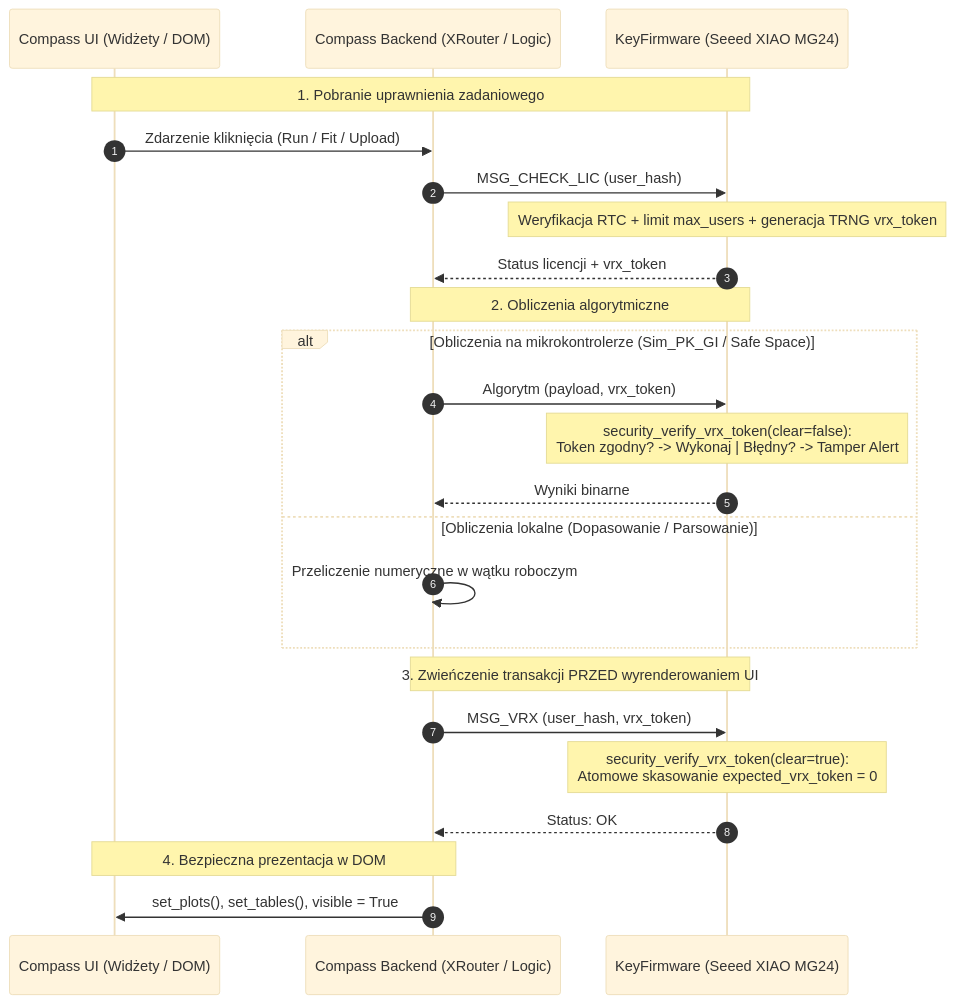
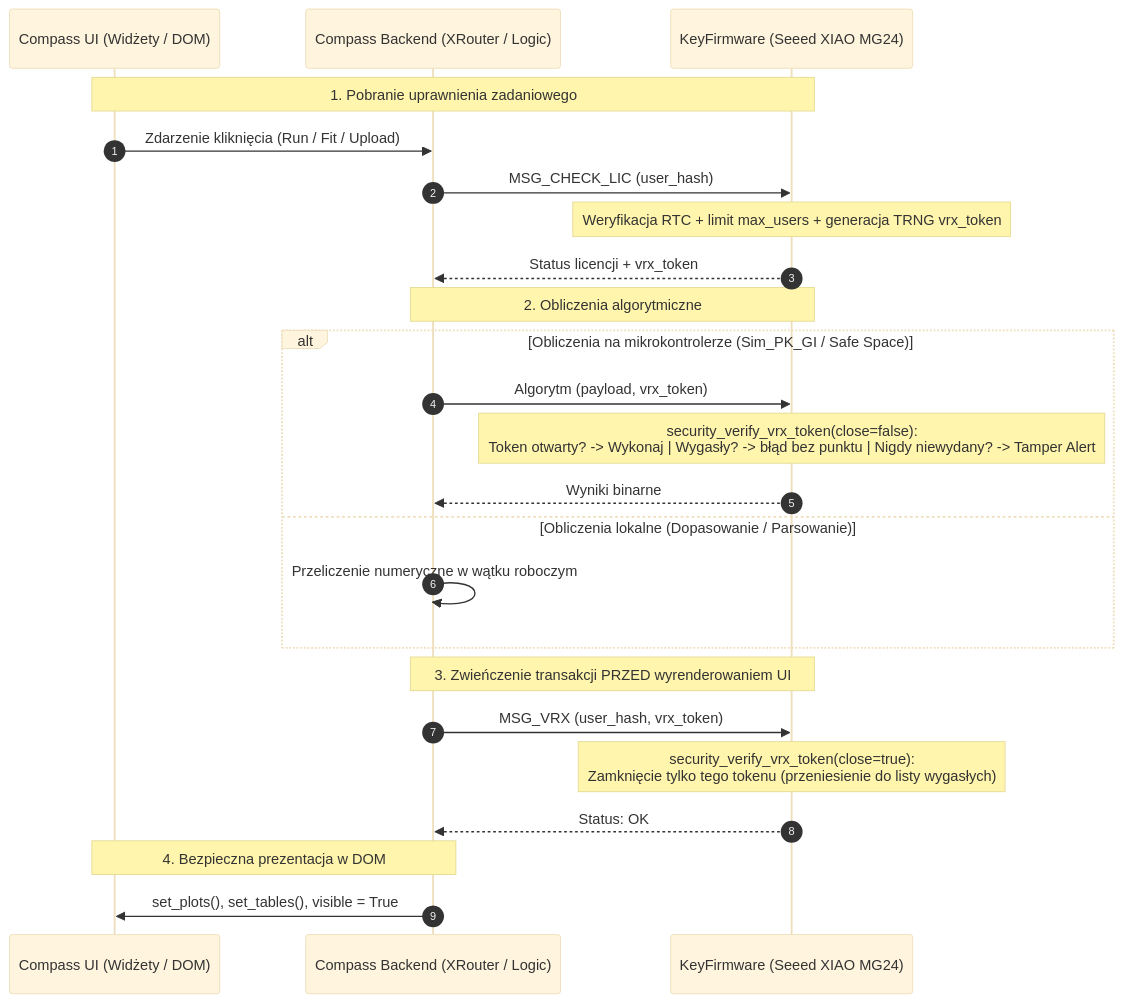
Before and after one commit to michalkkkd/keyadmin: the fourth of 4 diagrams in docs/security/compass_security_mechanisms.md, drawn with Mermaid (base theme). The commit also changed other lines of this file and 3 other files, not shown here.

First line of the commit message:
docs(security): clarify vrx token expiry

````diff
--- a/docs/security/compass_security_mechanisms.md
+++ b/docs/security/compass_security_mechanisms.md
@@ -572,30 +572,30 @@
 ```mermaid
 sequenceDiagram
     autonumber
     participant UI as Compass UI (Widżety / DOM)
     participant Host as Compass Backend (XRouter / Logic)
     participant MCU as KeyFirmware (Seeed XIAO MG24)
 
     Note over UI,MCU: 1. Pobranie uprawnienia zadaniowego
     UI->>Host: Zdarzenie kliknięcia (Run / Fit / Upload)
     Host->>MCU: MSG_CHECK_LIC (user_hash)
     Note over MCU: Weryfikacja RTC + limit max_users + generacja TRNG vrx_token
     MCU-->>Host: Status licencji + vrx_token
 
     Note over Host,MCU: 2. Obliczenia algorytmiczne
     alt Obliczenia na mikrokontrolerze (Sim_PK_GI / Safe Space)
         Host->>MCU: Algorytm (payload, vrx_token)
-        Note over MCU: security_verify_vrx_token(clear=false):<br/>Token zgodny? -> Wykonaj | Błędny? -> Tamper Alert
+        Note over MCU: security_verify_vrx_token(close=false):<br/>Token otwarty? -> Wykonaj | Wygasły? -> błąd bez punktu | Nigdy niewydany? -> Tamper Alert
         MCU-->>Host: Wyniki binarne
     else Obliczenia lokalne (Dopasowanie / Parsowanie)
         Host->>Host: Przeliczenie numeryczne w wątku roboczym
     end
 
     Note over Host,MCU: 3. Zwieńczenie transakcji PRZED wyrenderowaniem UI
     Host->>MCU: MSG_VRX (user_hash, vrx_token)
-    Note over MCU: security_verify_vrx_token(clear=true):<br/>Atomowe skasowanie expected_vrx_token = 0
+    Note over MCU: security_verify_vrx_token(close=true):<br/>Zamknięcie tylko tego tokenu (przeniesienie do listy wygasłych)
     MCU-->>Host: Status: OK
 
     Note over UI,Host: 4. Bezpieczna prezentacja w DOM
     Host->>UI: set_plots(), set_tables(), visible = True
 ```
````
